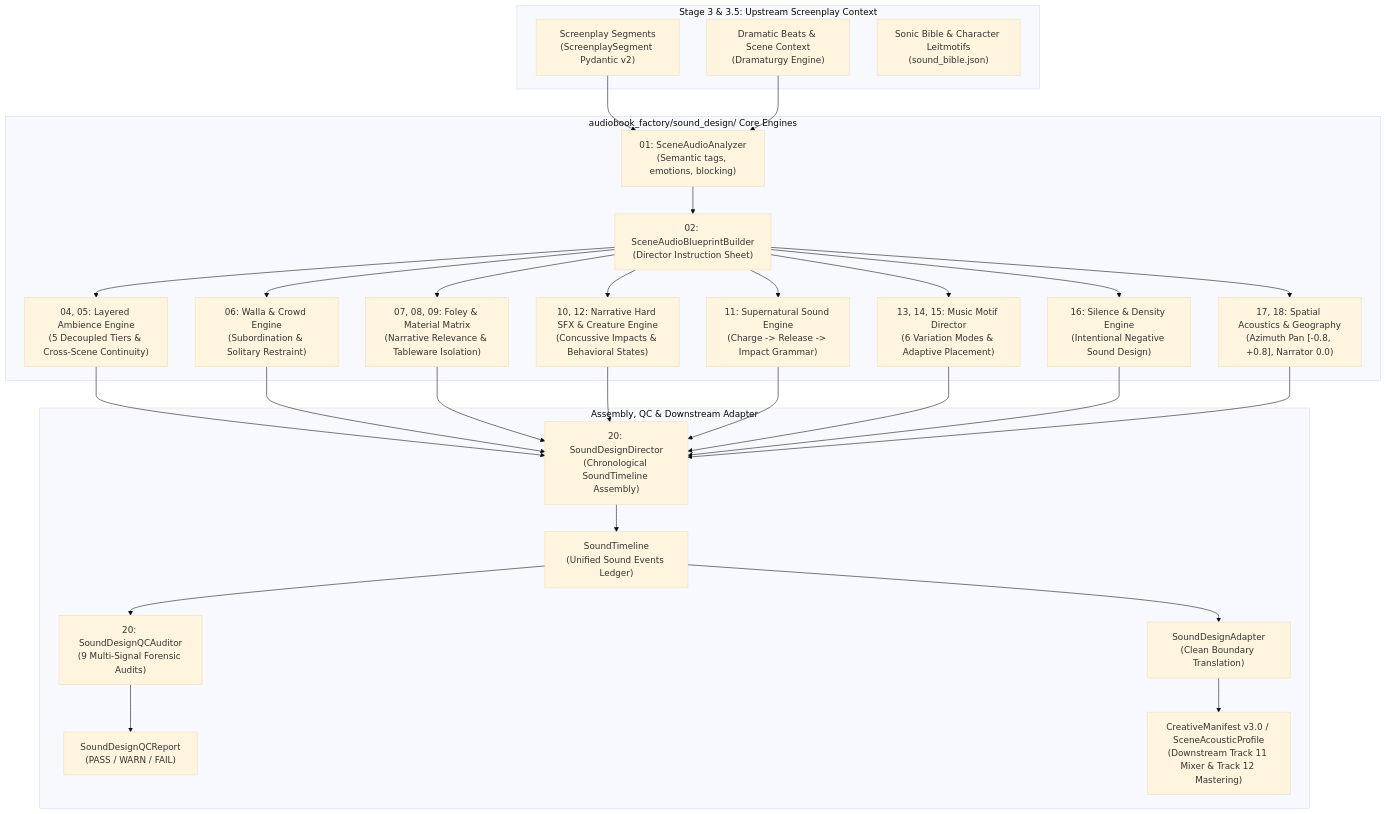
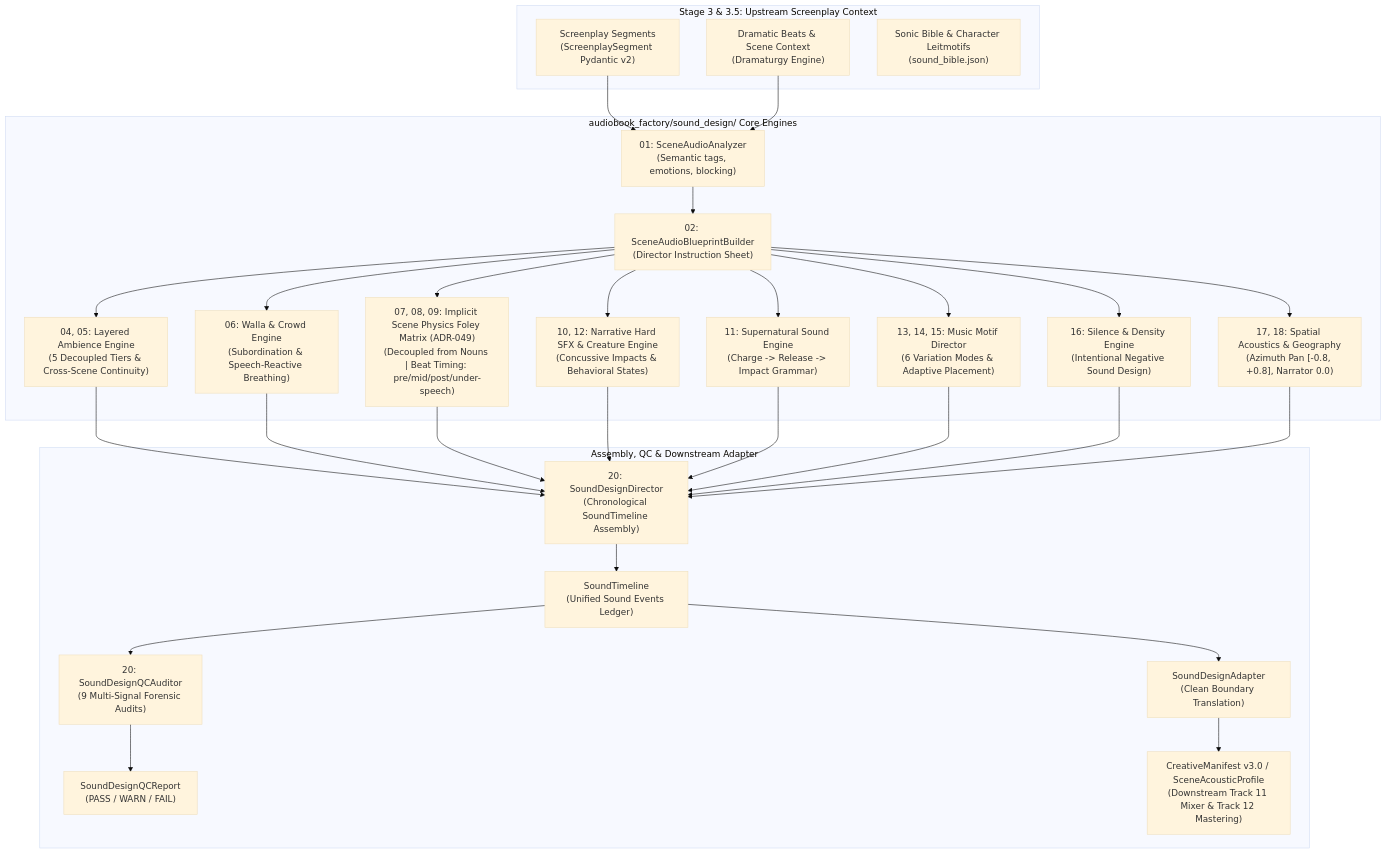
The first of 2 diagrams in docs/CINEMATIC_SOUND_DESIGN_SUBSYSTEM.md (naksh-07/audiobook-maker), drawn with Mermaid (base theme) before and after one commit. The commit also changed 39 other files, not shown here.

First line of the commit message:
feat(engine): implement hollywood end-to-end multi-agent architecture (ADR-049)

````diff
--- a/docs/CINEMATIC_SOUND_DESIGN_SUBSYSTEM.md
+++ b/docs/CINEMATIC_SOUND_DESIGN_SUBSYSTEM.md
@@ -22,40 +22,40 @@
 ```mermaid
 flowchart TD
     subgraph Ingestion["Stage 3 & 3.5: Upstream Screenplay Context"]
         Script["Screenplay Segments<br/>(ScreenplaySegment Pydantic v2)"]
         DramPlan["Dramatic Beats & Scene Context<br/>(Dramaturgy Engine)"]
         Bible["Sonic Bible & Character Leitmotifs<br/>(sound_bible.json)"]
     end
 
     subgraph SoundDesignCore["audiobook_factory/sound_design/ Core Engines"]
         Script --> Analyzer["01: SceneAudioAnalyzer<br/>(Semantic tags, emotions, blocking)"]
         DramPlan --> Analyzer
         Analyzer --> Blueprint["02: SceneAudioBlueprintBuilder<br/>(Director Instruction Sheet)"]
         
         Blueprint --> AmbienceEng["04, 05: Layered Ambience Engine<br/>(5 Decoupled Tiers & Cross-Scene Continuity)"]
-        Blueprint --> WallaEng["06: Walla & Crowd Engine<br/>(Subordination & Solitary Restraint)"]
-        Blueprint --> FoleyEng["07, 08, 09: Foley & Material Matrix<br/>(Narrative Relevance & Tableware Isolation)"]
+        Blueprint --> WallaEng["06: Walla & Crowd Engine<br/>(Subordination & Speech-Reactive Breathing)"]
+        Blueprint --> FoleyEng["07, 08, 09: Implicit Scene Physics Foley Matrix (ADR-049)<br/>(Decoupled from Nouns | Beat Timing: pre/mid/post/under-speech)"]
         Blueprint --> HardSFXEng["10, 12: Narrative Hard SFX & Creature Engine<br/>(Concussive Impacts & Behavioral States)"]
         Blueprint --> MagicEng["11: Supernatural Sound Engine<br/>(Charge -> Release -> Impact Grammar)"]
         Blueprint --> MusicDir["13, 14, 15: Music Motif Director<br/>(6 Variation Modes & Adaptive Placement)"]
         Blueprint --> SilenceEng["16: Silence & Density Engine<br/>(Intentional Negative Sound Design)"]
         Blueprint --> SpatialEng["17, 18: Spatial Acoustics & Geography<br/>(Azimuth Pan [-0.8, +0.8], Narrator 0.0)"]
     end
 
     subgraph Assembly["Assembly, QC & Downstream Adapter"]
         AmbienceEng --> Director["20: SoundDesignDirector<br/>(Chronological SoundTimeline Assembly)"]
         WallaEng --> Director
         FoleyEng --> Director
         HardSFXEng --> Director
         MagicEng --> Director
         MusicDir --> Director
         SilenceEng --> Director
         SpatialEng --> Director
 
         Director --> Timeline["SoundTimeline<br/>(Unified Sound Events Ledger)"]
         Timeline --> QC["20: SoundDesignQCAuditor<br/>(9 Multi-Signal Forensic Audits)"]
         QC --> Report["SoundDesignQCReport<br/>(PASS / WARN / FAIL)"]
         Timeline --> Adapter["SoundDesignAdapter<br/>(Clean Boundary Translation)"]
         Adapter --> Manifest["CreativeManifest v3.0 / SceneAcousticProfile<br/>(Downstream Track 11 Mixer & Track 12 Mastering)"]
     end
 ```
````
